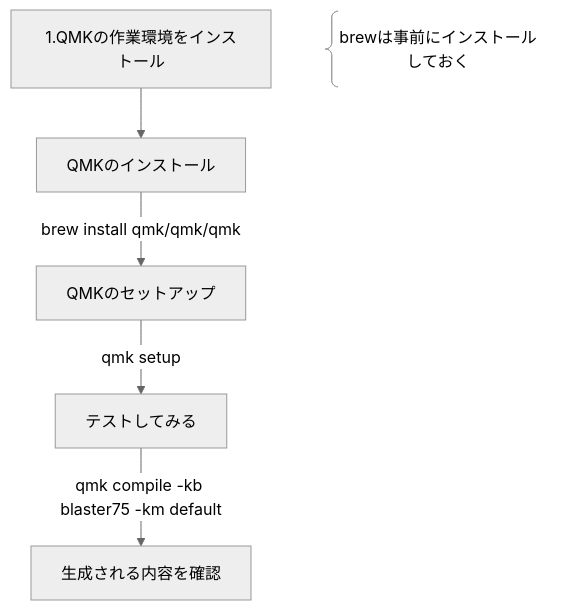
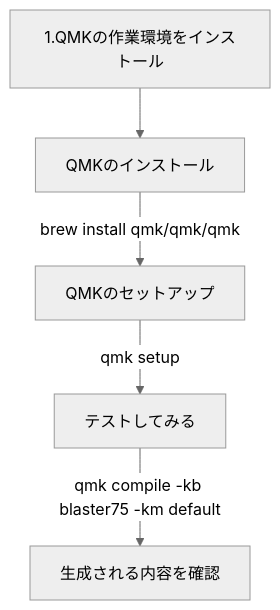
The third of 4 diagrams in _posts/2025-10-17-rainy75_keymap.md (ddiddws2/ddiddws2.github.io), drawn with Mermaid before and after one commit. The commit also changed other lines of this file, not shown here.

````diff
--- a/_posts/2025-10-17-rainy75_keymap.md
+++ b/_posts/2025-10-17-rainy75_keymap.md
@@ -60,9 +60,8 @@
 ```mermaid
 %%{init: {'theme':'neutral'}}%%
 flowchart TB;
 A[1.QMKの作業環境をインストール] --> B[QMKのインストール];
 B -- brew install qmk/qmk/qmk --> C[QMKのセットアップ];
 C -- qmk setup　--> D[テストしてみる]
 D -- qmk compile -kb blaster75 -km default --> E[生成される内容を確認]
-F@{ shape: comment, label: "brewは事前にインストールしておく" }
 ```
````
